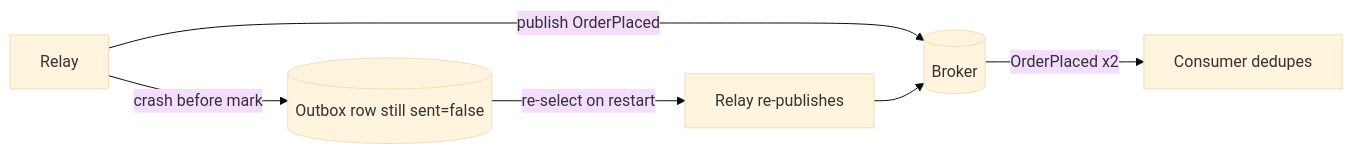
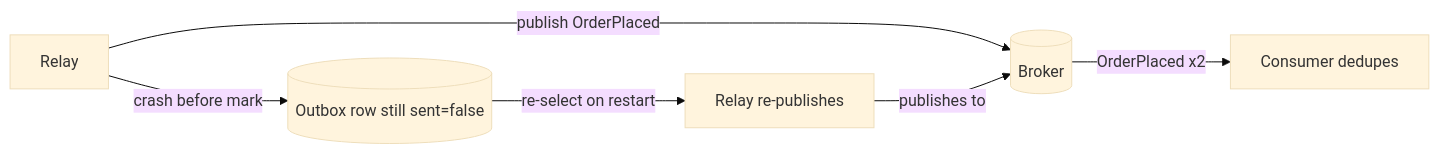
Before and after one commit to vinayakuber/microservices-io-study-guide: diagram 12 of 14 in docs/ch14-transactional-outbox.md, drawn with Mermaid (base theme). The commit also changed other lines of this file and 71 other files, not shown here.

First line of the commit message:
R18: label every diagram arrow with its meaning

````diff
--- a/docs/ch14-transactional-outbox.md
+++ b/docs/ch14-transactional-outbox.md
@@ -401,8 +401,8 @@
 ```mermaid
 flowchart LR
   RLY["Relay"] -->|publish OrderPlaced| BRK[("Broker")]
   RLY -->|crash before mark| DB[("Outbox row still sent=false")]
   DB -->|re-select on restart| RLY2["Relay re-publishes"]
-  RLY2 --> BRK
+  RLY2 -->|"publishes to"| BRK
   BRK -->|OrderPlaced x2| CNS["Consumer dedupes"]
 ```
````
